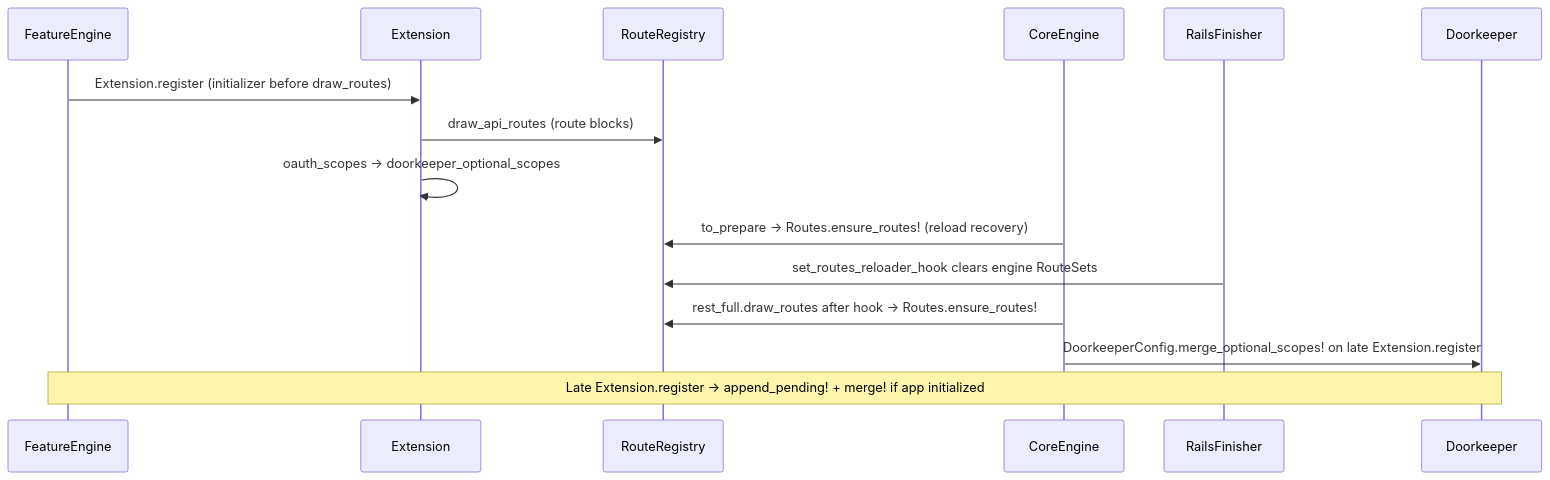
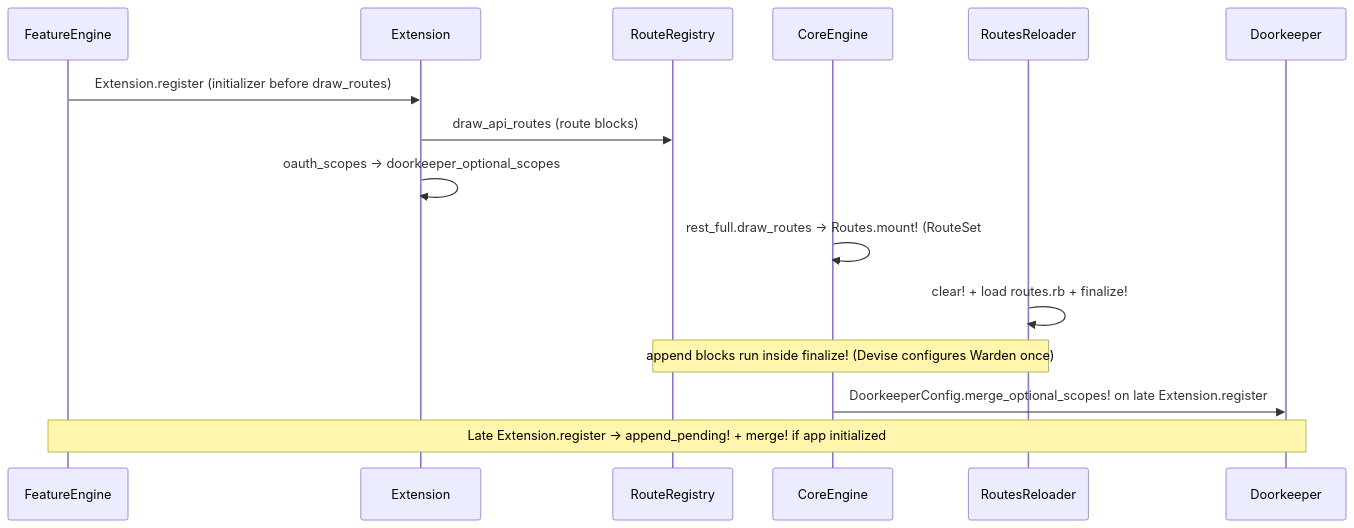
The diagram in website/docs/dev/add-endpoint/boot-and-extension.md (octree-gva/decidim-rest-full), drawn with Mermaid before and after one commit. The commit also changed other lines of this file and 8 other files, not shown here.

````diff
--- a/website/docs/dev/add-endpoint/boot-and-extension.md
+++ b/website/docs/dev/add-endpoint/boot-and-extension.md
@@ -13,18 +13,18 @@
 ```mermaid
 sequenceDiagram
   participant Gem as FeatureEngine
   participant Ext as Extension
   participant Registry as RouteRegistry
   participant Core as CoreEngine
-  participant Finisher as RailsFinisher
+  participant Reloader as RoutesReloader
   participant DK as Doorkeeper
 
   Gem->>Ext: Extension.register (initializer before draw_routes)
   Ext->>Registry: draw_api_routes (route blocks)
   Ext->>Ext: oauth_scopes → doorkeeper_optional_scopes
-  Core->>Registry: to_prepare → Routes.ensure_routes! (reload recovery)
-  Finisher->>Registry: set_routes_reloader_hook clears engine RouteSets
-  Core->>Registry: rest_full.draw_routes after hook → Routes.ensure_routes!
+  Core->>Core: rest_full.draw_routes → Routes.mount! (RouteSet#append)
+  Reloader->>Reloader: clear! + load routes.rb + finalize!
+  Note over Reloader,Registry: append blocks run inside finalize! (Devise configures Warden once)
   Core->>DK: DoorkeeperConfig.merge_optional_scopes! on late Extension.register
   Note over Gem,DK: Late Extension.register → append_pending! + merge! if app initialized
 ```
````
